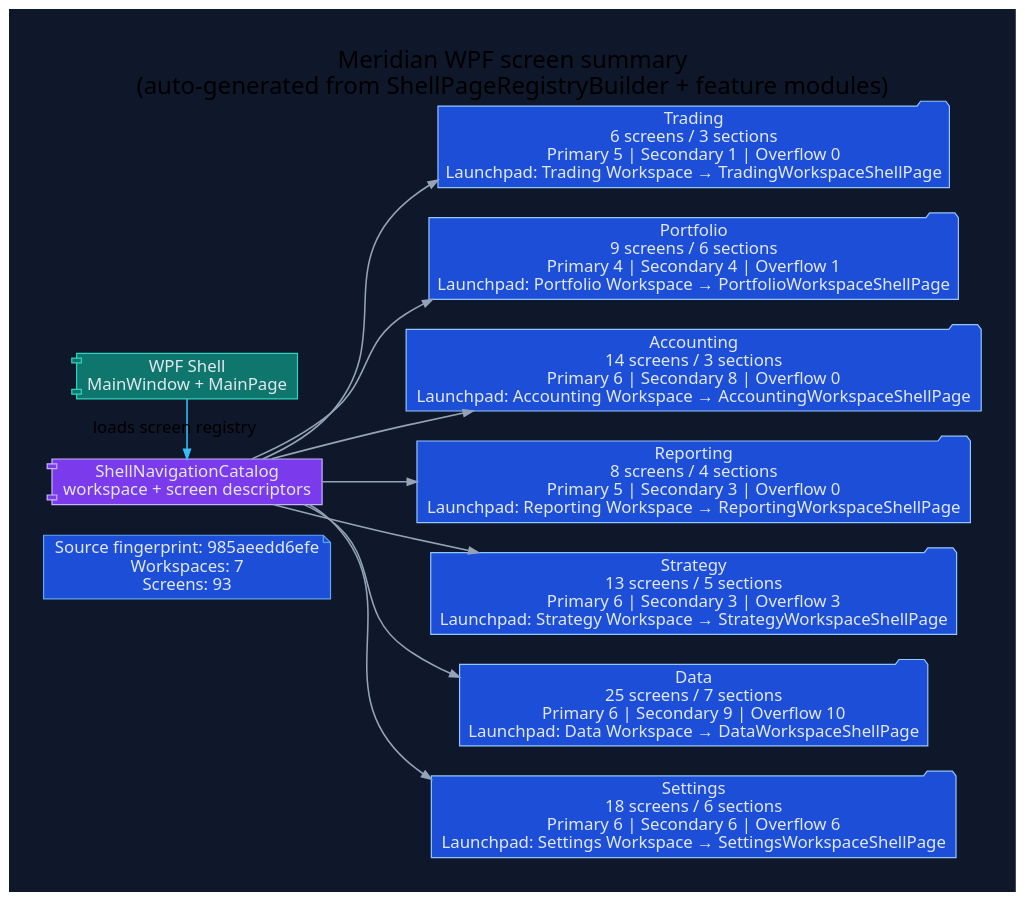
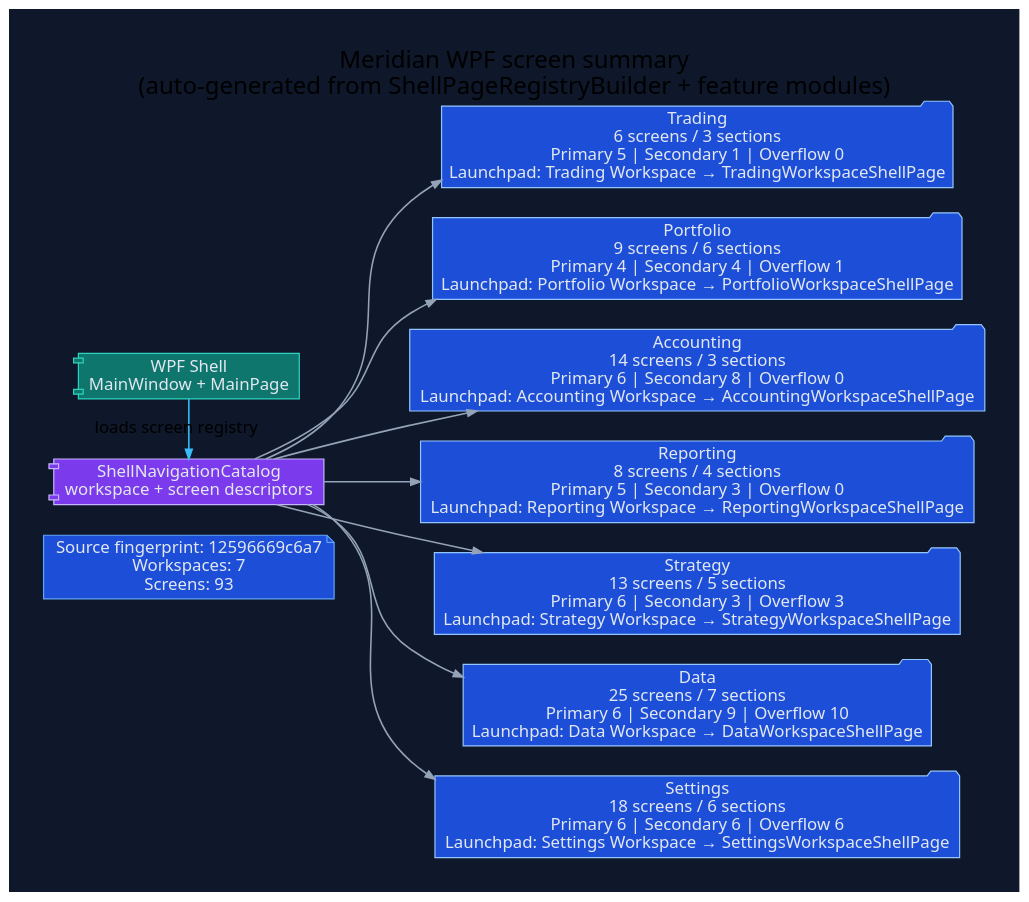
One commit to rodoHasArrived/Meridian-main changed the diagram in docs/diagrams/ui/ui-wpf-screen-summary.dot. Above: the diagram before and after it, drawn with Graphviz. The commit also changed 69 other files, not shown here.

```diff
--- a/docs/diagrams/ui/ui-wpf-screen-summary.dot
+++ b/docs/diagrams/ui/ui-wpf-screen-summary.dot
@@ -1,42 +1,42 @@
 // -----------------------------------------------------------------------------
 // <auto-generated>
 // Generated by scripts/generate-diagrams.mjs.
 // Do not edit this file directly; update the WPF source files instead.
 // -----------------------------------------------------------------------------
 digraph WpfScreenSummary {
   graph [
     rankdir=LR,
     labelloc=t,
     label="Meridian WPF screen summary\n(auto-generated from ShellPageRegistryBuilder + feature modules)",
     fontname="Segoe UI",
     fontsize=20,
     pad=0.4,
     nodesep=0.35,
     ranksep=0.85,
     bgcolor="#0f172a"
   ];
   node [fontname="Segoe UI", shape=box, style="rounded,filled", color="#475569", fontcolor="#e2e8f0", fillcolor="#1e293b"];
   edge [fontname="Segoe UI", color="#94a3b8", penwidth=1.3, arrowsize=0.8];
 
-  generated [shape=note, fillcolor="#1d4ed8", color="#60a5fa", label="Source fingerprint: 985aeedd6efe\nWorkspaces: 7\nScreens: 93"];
+  generated [shape=note, fillcolor="#1d4ed8", color="#60a5fa", label="Source fingerprint: 12596669c6a7\nWorkspaces: 7\nScreens: 93"];
   shell [shape=component, fillcolor="#0f766e", color="#2dd4bf", label="WPF Shell\nMainWindow + MainPage"];
   catalog [shape=component, fillcolor="#7c3aed", color="#c4b5fd", label="ShellNavigationCatalog\nworkspace + screen descriptors"];
   shell -> catalog [label="loads screen registry", color="#38bdf8"];
 
   workspace_1 [shape=folder, fillcolor="#1d4ed8", color="#93c5fd", label="Trading\n6 screens / 3 sections\nPrimary 5 | Secondary 1 | Overflow 0\nLaunchpad: Trading Workspace → TradingWorkspaceShellPage"];
   catalog -> workspace_1;
   workspace_2 [shape=folder, fillcolor="#1d4ed8", color="#93c5fd", label="Portfolio\n9 screens / 6 sections\nPrimary 4 | Secondary 4 | Overflow 1\nLaunchpad: Portfolio Workspace → PortfolioWorkspaceShellPage"];
   catalog -> workspace_2;
   workspace_3 [shape=folder, fillcolor="#1d4ed8", color="#93c5fd", label="Accounting\n14 screens / 3 sections\nPrimary 6 | Secondary 8 | Overflow 0\nLaunchpad: Accounting Workspace → AccountingWorkspaceShellPage"];
   catalog -> workspace_3;
   workspace_4 [shape=folder, fillcolor="#1d4ed8", color="#93c5fd", label="Reporting\n8 screens / 4 sections\nPrimary 5 | Secondary 3 | Overflow 0\nLaunchpad: Reporting Workspace → ReportingWorkspaceShellPage"];
   catalog -> workspace_4;
   workspace_5 [shape=folder, fillcolor="#1d4ed8", color="#93c5fd", label="Strategy\n13 screens / 5 sections\nPrimary 6 | Secondary 3 | Overflow 3\nLaunchpad: Strategy Workspace → StrategyWorkspaceShellPage"];
   catalog -> workspace_5;
   workspace_6 [shape=folder, fillcolor="#1d4ed8", color="#93c5fd", label="Data\n25 screens / 7 sections\nPrimary 6 | Secondary 9 | Overflow 10\nLaunchpad: Data Workspace → DataWorkspaceShellPage"];
   catalog -> workspace_6;
   workspace_7 [shape=folder, fillcolor="#1d4ed8", color="#93c5fd", label="Settings\n18 screens / 6 sections\nPrimary 6 | Secondary 6 | Overflow 6\nLaunchpad: Settings Workspace → SettingsWorkspaceShellPage"];
   catalog -> workspace_7;
 
   { rank=min; generated; shell; catalog; }
 }
```
